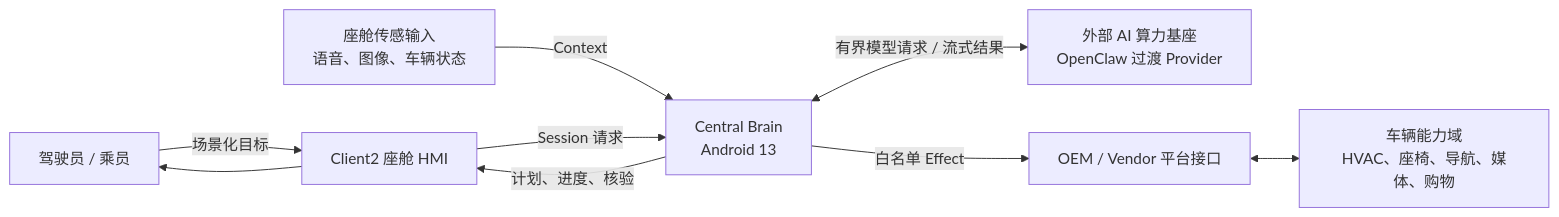
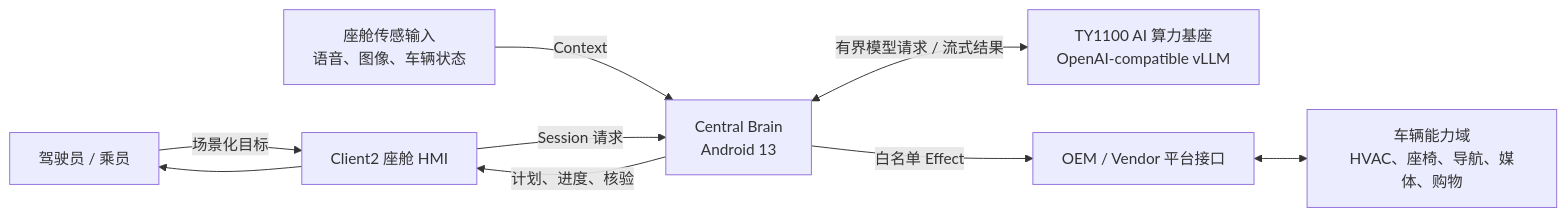
One commit to LucasWEIchen/CougarOS changed the first of 20 diagrams in docs/CENTRAL_BRAIN_SOFTWARE_ARCHITECTURE.md. Above: the diagram before and after it, drawn with Mermaid. The commit also changed other lines of this file and 25 other files, not shown here.

````diff
--- a/docs/CENTRAL_BRAIN_SOFTWARE_ARCHITECTURE.md
+++ b/docs/CENTRAL_BRAIN_SOFTWARE_ARCHITECTURE.md
@@ -35,19 +35,19 @@
 ```mermaid
 flowchart LR
     Driver["驾驶员 / 乘员"]
     Cabin["座舱传感输入<br/>语音、图像、车辆状态"]
     Brain["Central Brain<br/>Android 13"]
-    AI["外部 AI 算力基座<br/>OpenClaw 过渡 Provider"]
+    AI["TY1100 AI 算力基座<br/>OpenAI-compatible vLLM"]
     Vehicle["车辆能力域<br/>HVAC、座椅、导航、媒体、购物"]
     HMI["Client2 座舱 HMI"]
     OEM["OEM / Vendor 平台接口"]
 
     Driver -->|"场景化目标"| HMI
     Cabin -->|"Context"| Brain
     HMI -->|"Session 请求"| Brain
     Brain <-->|"有界模型请求 / 流式结果"| AI
     Brain -->|"白名单 Effect"| OEM
     OEM <--> Vehicle
     Brain -->|"计划、进度、核验"| HMI
     HMI --> Driver
 ```
````
